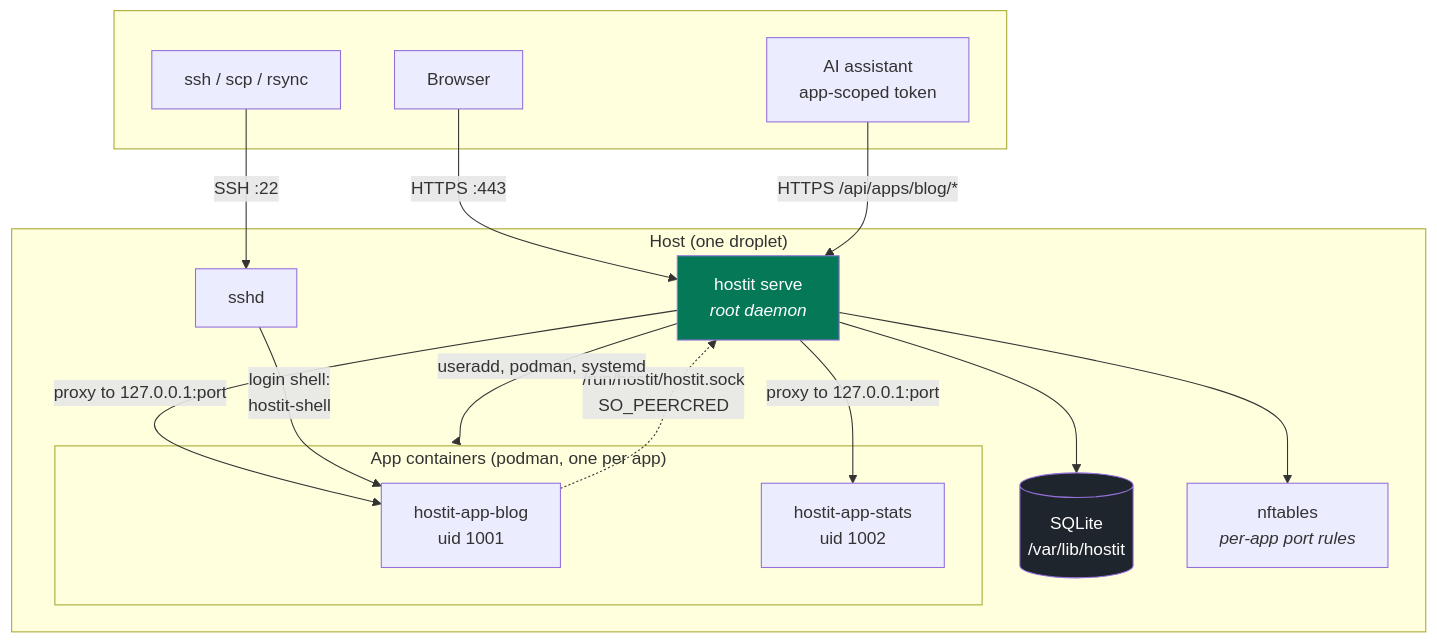
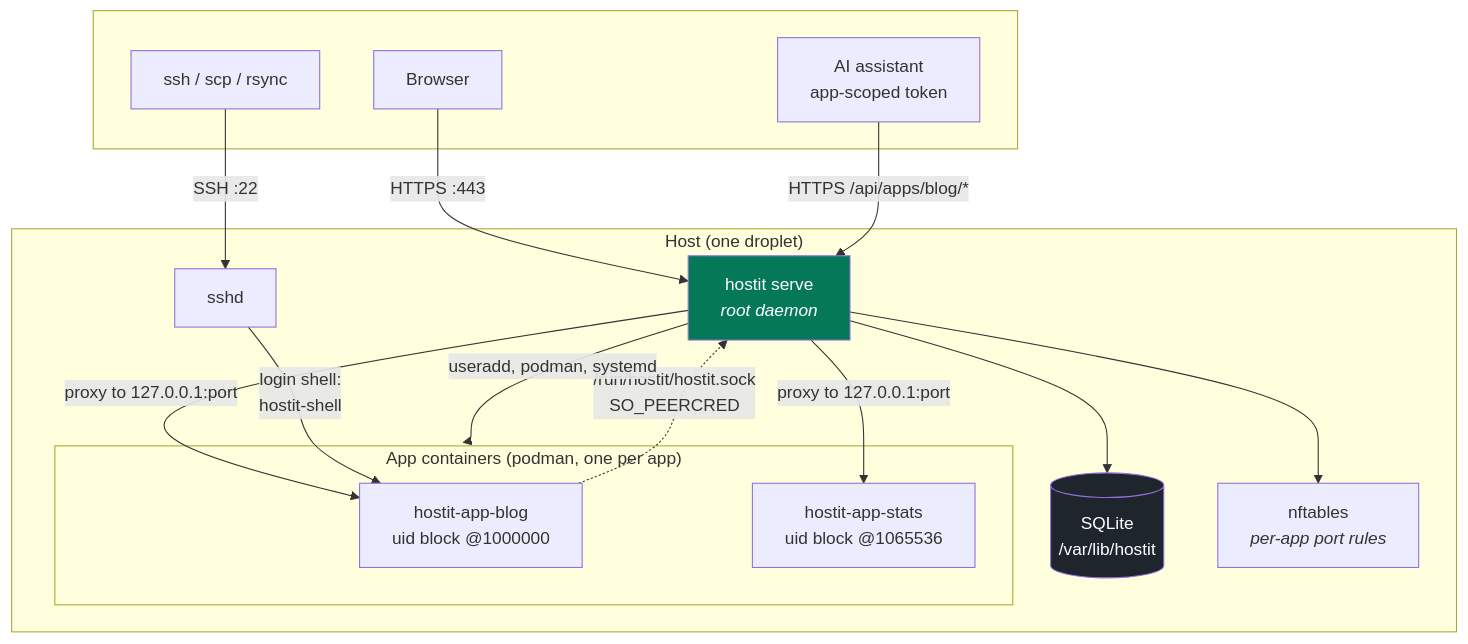
One commit to binwiederhier/hostit changed the first of 8 diagrams in ARCHITECTURE.md. Above: the diagram before and after it, drawn with Mermaid. The commit also changed other lines of this file and 5 other files, not shown here.

First line of the commit message:
Prepare for open-source; refresh architecture doc

````diff
--- a/ARCHITECTURE.md
+++ b/ARCHITECTURE.md
@@ -12,36 +12,36 @@
 ```mermaid
 flowchart TB
     subgraph internet[" "]
         browser[Browser]
         agent[AI assistant<br/>app-scoped token]
         ssh_client[ssh / scp / rsync]
     end
 
     subgraph host["Host (one droplet)"]
         daemon["hostit serve<br/><i>root daemon</i>"]
         sshd["sshd"]
         store[("SQLite<br/>/var/lib/hostit")]
         nft["nftables<br/><i>per-app port rules</i>"]
 
         subgraph apps["App containers (podman, one per app)"]
-            app1["hostit-app-blog<br/>uid 1001"]
-            app2["hostit-app-stats<br/>uid 1002"]
+            app1["hostit-app-blog<br/>uid block @1000000"]
+            app2["hostit-app-stats<br/>uid block @1065536"]
         end
     end
 
     browser -->|"HTTPS :443"| daemon
     agent -->|"HTTPS /api/apps/blog/*"| daemon
     ssh_client -->|"SSH :22"| sshd
 
     daemon -->|"proxy to 127.0.0.1:port"| app1
     daemon -->|"proxy to 127.0.0.1:port"| app2
     daemon --> store
     daemon -->|"useradd, podman, systemd"| apps
     daemon --> nft
     sshd -->|"login shell:<br/>hostit-shell"| app1
 
     app1 -.->|"/run/hostit/hostit.sock<br/>SO_PEERCRED"| daemon
 
     style daemon fill:#047857,color:#fff
     style store fill:#1f252d,color:#fff
 ```
````
